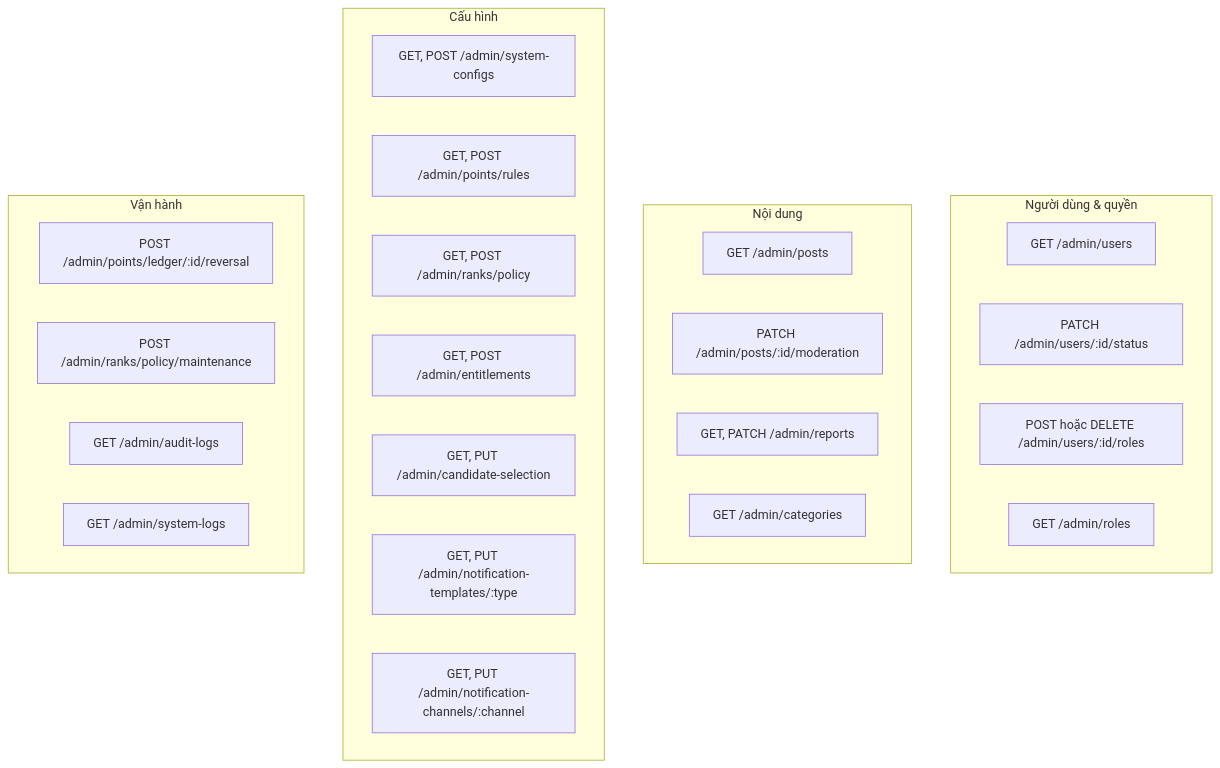
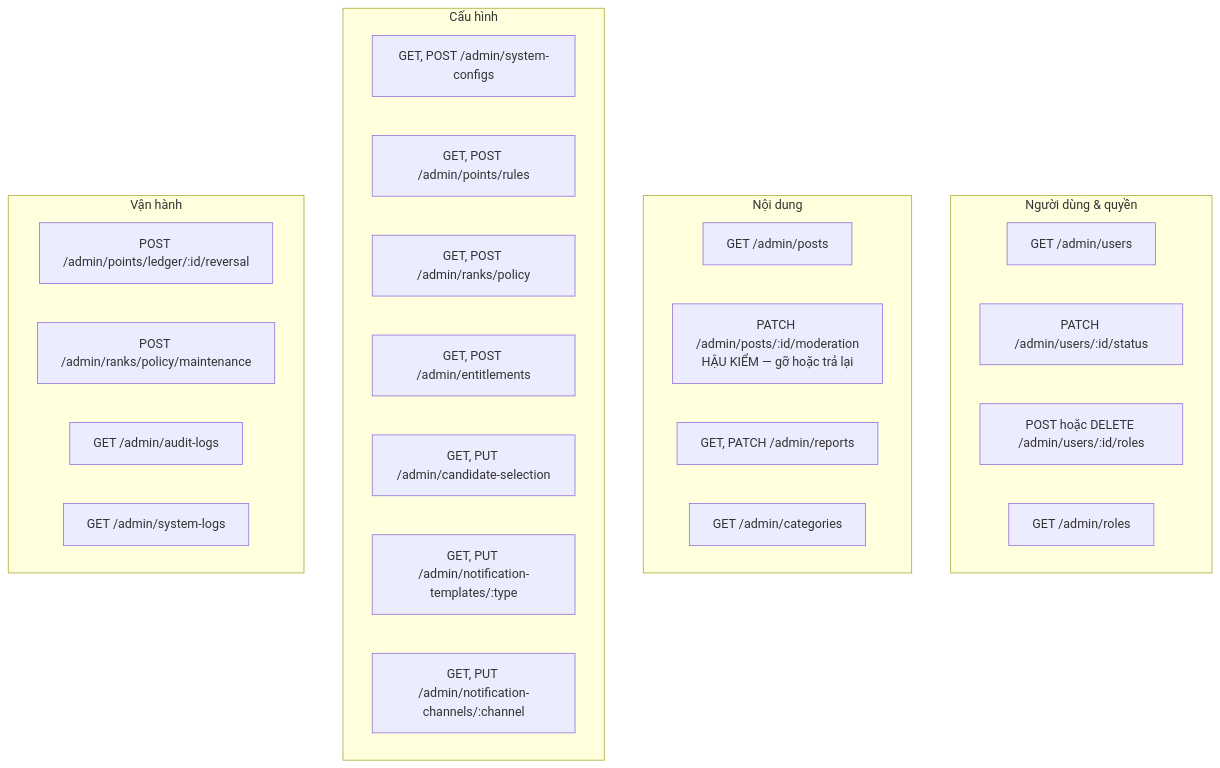
The fourth of 5 diagrams in docs/diagram/16-admin.md (fdshn/trueheart), drawn with Mermaid before and after one commit. The commit also changed 30 other files, not shown here.

````diff
--- a/docs/diagram/16-admin.md
+++ b/docs/diagram/16-admin.md
@@ -88,30 +88,30 @@
 ```mermaid
 flowchart TD
     subgraph Người["Người dùng & quyền"]
         A1["GET /admin/users"]
         A2["PATCH /admin/users/:id/status"]
         A3["POST hoặc DELETE /admin/users/:id/roles"]
         A4["GET /admin/roles"]
     end
     subgraph Nội["Nội dung"]
         B1["GET /admin/posts"]
-        B2["PATCH /admin/posts/:id/moderation"]
+        B2["PATCH /admin/posts/:id/moderation<br/>HẬU KIỂM — gỡ hoặc trả lại"]
         B3["GET, PATCH /admin/reports"]
         B4["GET /admin/categories"]
     end
     subgraph Cấu["Cấu hình"]
         C1["GET, POST /admin/system-configs"]
         C2["GET, POST /admin/points/rules"]
         C3["GET, POST /admin/ranks/policy"]
         C4["GET, POST /admin/entitlements"]
         C5["GET, PUT /admin/candidate-selection"]
         C6["GET, PUT /admin/notification-templates/:type"]
         C7["GET, PUT /admin/notification-channels/:channel"]
     end
     subgraph Vận["Vận hành"]
         D1["POST /admin/points/ledger/:id/reversal"]
         D2["POST /admin/ranks/policy/maintenance"]
         D3["GET /admin/audit-logs"]
         D4["GET /admin/system-logs"]
     end
 ```
````
